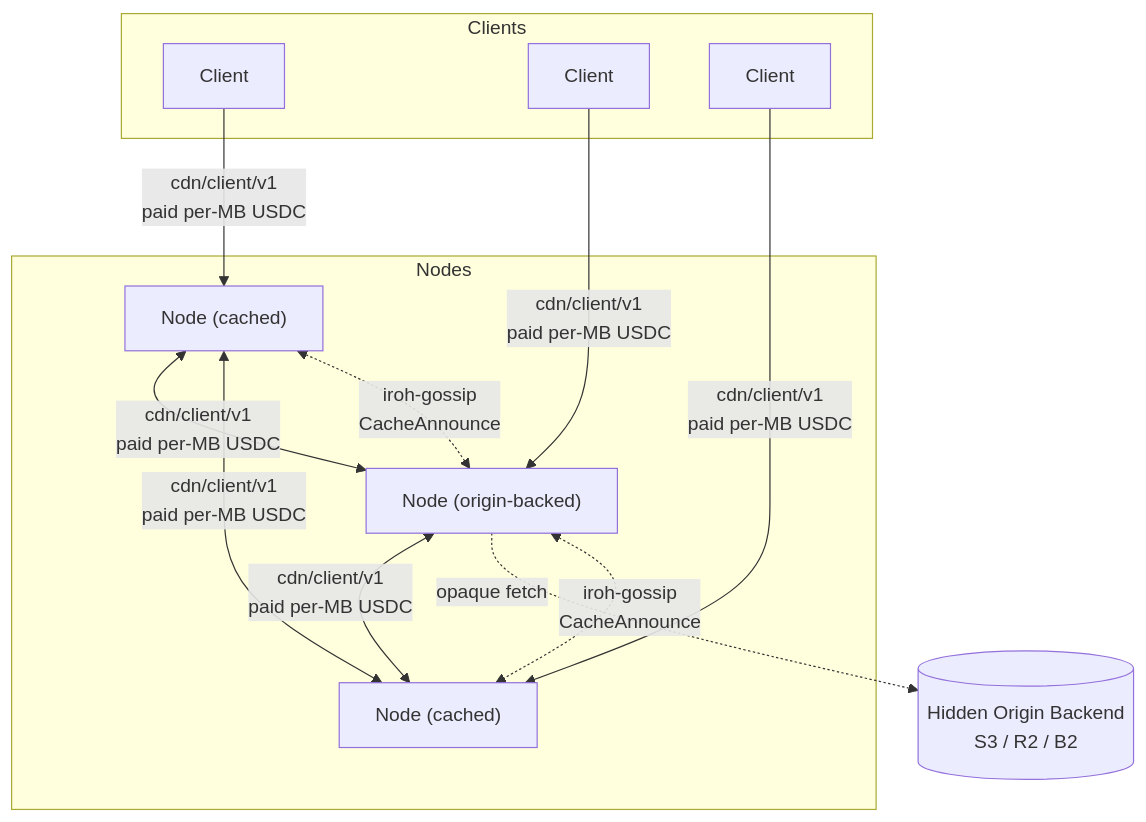
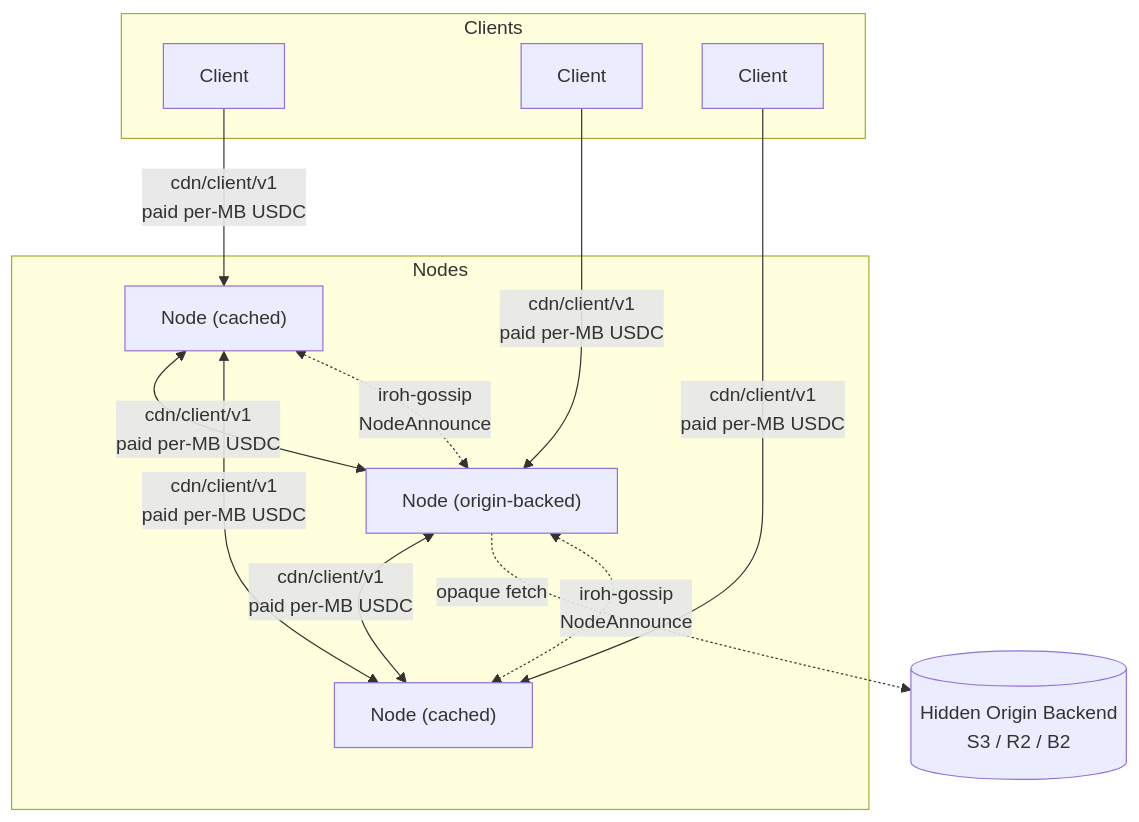
The first of 3 diagrams in adr/architecture.md (decdn/decdn), drawn with Mermaid before and after one commit. The commit also changed other lines of this file, not shown here.

First line of the commit message:
docs(architecture): update for separated node/content discovery

````diff
--- a/adr/architecture.md
+++ b/adr/architecture.md
@@ -21,29 +21,29 @@
 ```mermaid
 graph TD
     subgraph Nodes
         N1["Node (cached)"]
         N2["Node (origin-backed)"]
         N3["Node (cached)"]
     end
 
     subgraph Clients
         C1[Client]
         C2[Client]
         C3[Client]
     end
 
     S3[("Hidden Origin Backend<br/>S3 / R2 / B2")]
 
     N1 <-->|"cdn/client/v1<br/>paid per-MB USDC"| N2
     N2 <-->|"cdn/client/v1<br/>paid per-MB USDC"| N3
     N1 <-->|"cdn/client/v1<br/>paid per-MB USDC"| N3
 
     C1 -->|"cdn/client/v1<br/>paid per-MB USDC"| N1
     C2 -->|"cdn/client/v1<br/>paid per-MB USDC"| N2
     C3 -->|"cdn/client/v1<br/>paid per-MB USDC"| N3
 
     N2 -.->|opaque fetch| S3
 
-    N1 <-.->|"iroh-gossip<br/>CacheAnnounce"| N2
-    N2 <-.->|"iroh-gossip<br/>CacheAnnounce"| N3
+    N1 <-.->|"iroh-gossip<br/>NodeAnnounce"| N2
+    N2 <-.->|"iroh-gossip<br/>NodeAnnounce"| N3
 ```
````
